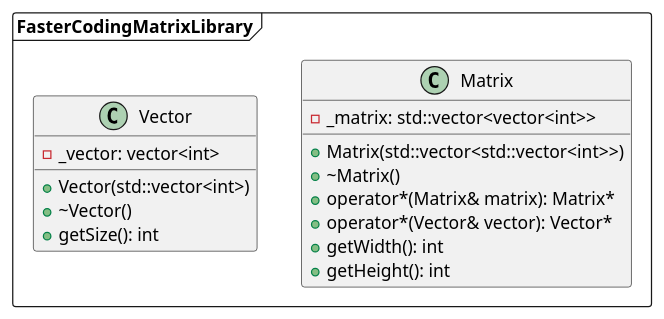
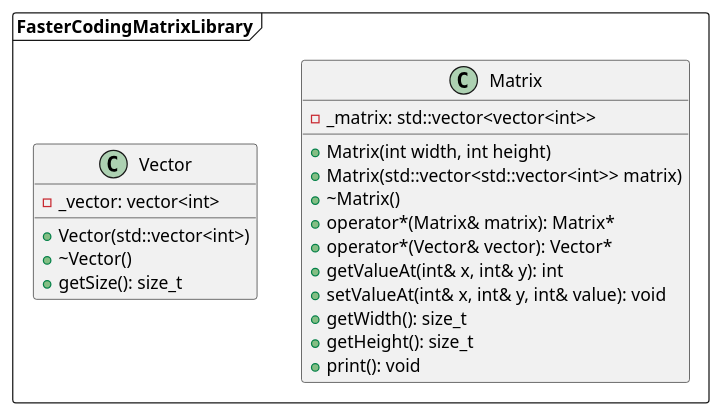
The diagram in c++/docs/math_lib_class_diagram.puml (FasterCoding/Matrix-Math), drawn with PlantUML before and after one commit. The commit also changed 3 other files, not shown here.

```diff
--- a/c++/docs/math_lib_class_diagram.puml
+++ b/c++/docs/math_lib_class_diagram.puml
@@ -1,26 +1,30 @@
-@startuml
+@startuml FasterCodingMatrixLibrary
 
 package FasterCodingMatrixLibrary <<Frame>> {
 
 class Matrix {
     - _matrix: std::vector<vector<int>>
 
-    + Matrix(std::vector<std::vector<int>>)
+    + Matrix(int width, int height)
+    + Matrix(std::vector<std::vector<int>> matrix)
     + ~Matrix()
     + operator*(Matrix& matrix): Matrix*
     + operator*(Vector& vector): Vector*
-    + getWidth(): int
-    + getHeight(): int
+    + getValueAt(int& x, int& y): int
+    + setValueAt(int& x, int& y, int& value): void
+    + getWidth(): size_t
+    + getHeight(): size_t
+    + print(): void
 }
 
 class Vector {
     - _vector: vector<int>
 
     + Vector(std::vector<int>)
     + ~Vector()
-    + getSize(): int
+    + getSize(): size_t
 }
 
 }
 
 @enduml
```
